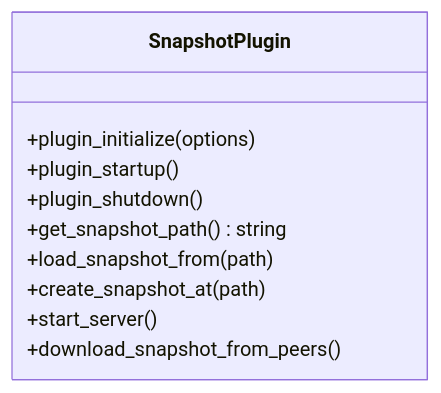
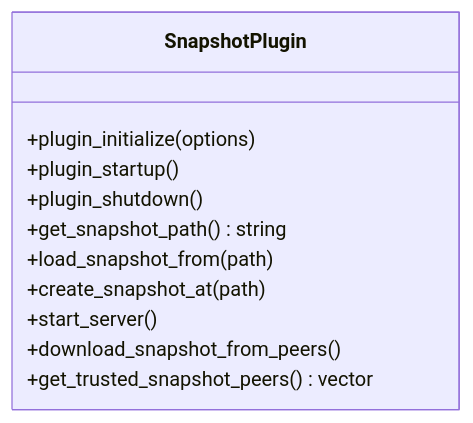
Before and after one commit to VIZ-Blockchain/viz-cpp-node: the tenth of 20 diagrams in .qoder/repowiki/en/content/Plugin System/Plugin System.md, drawn with Mermaid. The commit also changed other lines of this file and 5 other files, not shown here.

````diff
--- a/.qoder/repowiki/en/content/Plugin System/Plugin System.md
+++ b/.qoder/repowiki/en/content/Plugin System/Plugin System.md
@@ -325,13 +344,14 @@
 ```mermaid
 classDiagram
 class SnapshotPlugin {
 +plugin_initialize(options)
 +plugin_startup()
 +plugin_shutdown()
 +get_snapshot_path() string
 +load_snapshot_from(path)
 +create_snapshot_at(path)
 +start_server()
 +download_snapshot_from_peers()
++get_trusted_snapshot_peers() vector<string>
 }
 ```
````
